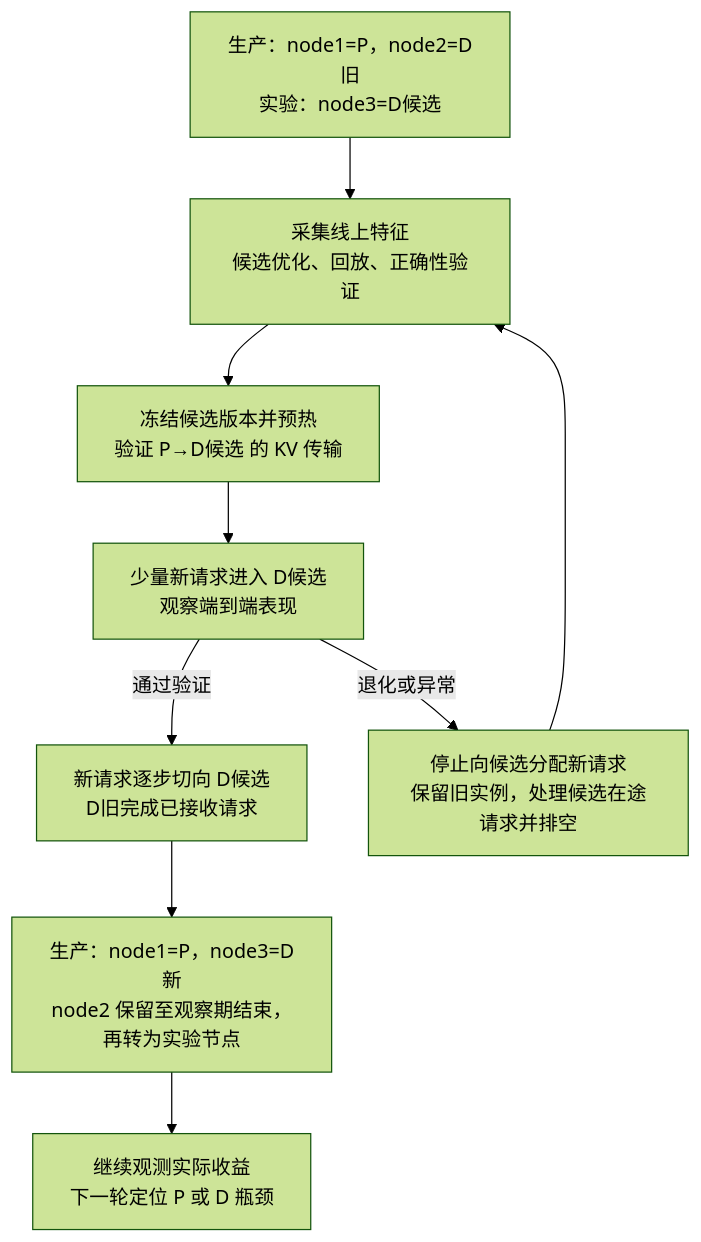
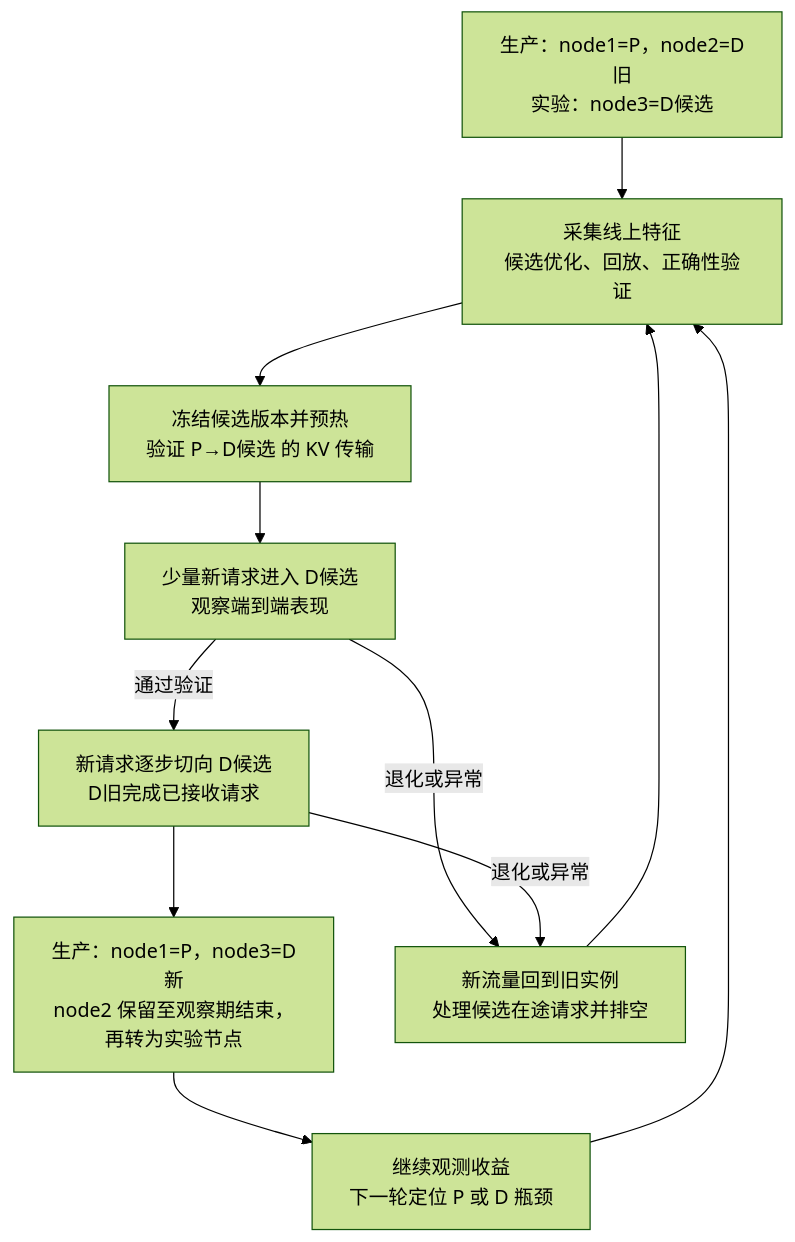
Before and after one commit to zksainx/runtime-inference-autotuning-research: the second of 2 diagrams in 02_研究方案.md, drawn with Mermaid (forest theme). The commit also changed other lines of this file and 2 other files, not shown here.

````diff
--- a/02_研究方案.md
+++ b/02_研究方案.md
@@ -171,11 +128,13 @@
 ```mermaid
 flowchart TD
     A["生产：node1=P，node2=D旧<br/>实验：node3=D候选"] --> B["采集线上特征<br/>候选优化、回放、正确性验证"]
     B --> C["冻结候选版本并预热<br/>验证 P→D候选 的 KV 传输"]
     C --> D["少量新请求进入 D候选<br/>观察端到端表现"]
     D -->|通过验证| E["新请求逐步切向 D候选<br/>D旧完成已接收请求"]
     E --> F["生产：node1=P，node3=D新<br/>node2 保留至观察期结束，再转为实验节点"]
-    F --> H["继续观测实际收益<br/>下一轮定位 P 或 D 瓶颈"]
-    D -->|退化或异常| G["停止向候选分配新请求<br/>保留旧实例，处理候选在途请求并排空"]
+    F --> H["继续观测收益<br/>下一轮定位 P 或 D 瓶颈"]
+    H --> B
+    D -->|退化或异常| G["新流量回到旧实例<br/>处理候选在途请求并排空"]
+    E -->|退化或异常| G
     G --> B
 ```
````
